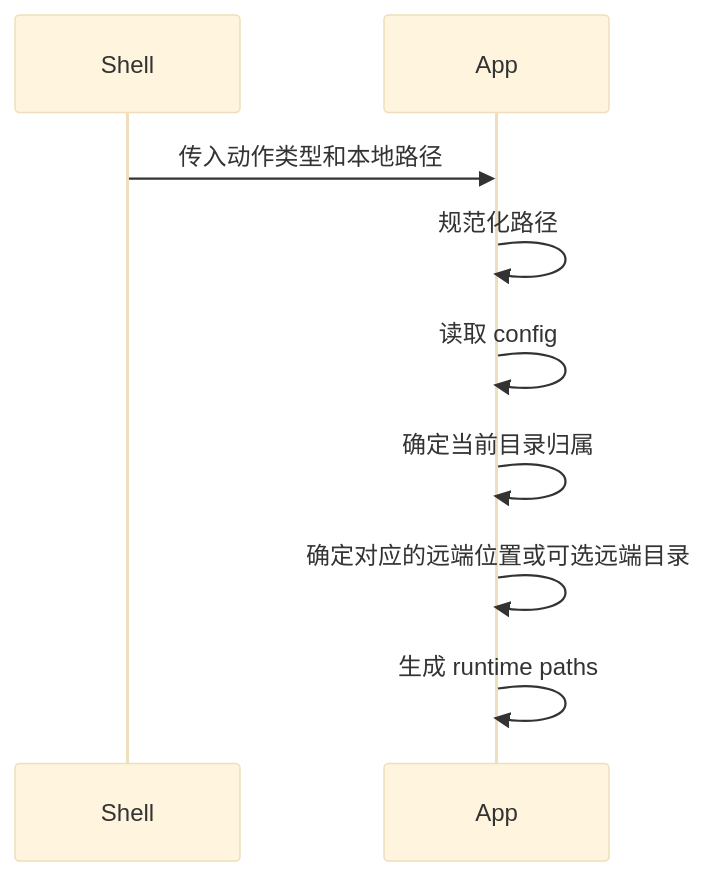
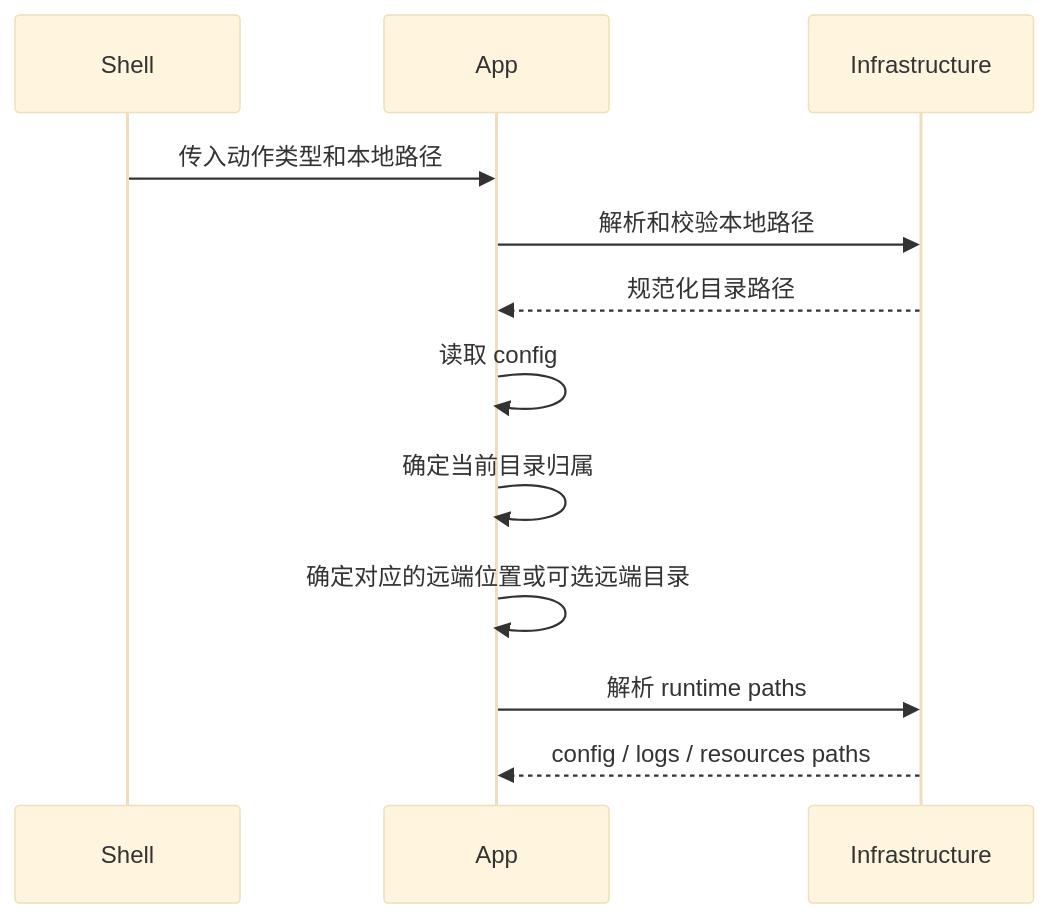
Before and after one commit to agalloch21/sync-with-rclone: the third of 15 diagrams in docs/Flows.md, drawn with Mermaid (base theme). The commit also changed 25 other files, not shown here.

````diff
--- a/docs/Flows.md
+++ b/docs/Flows.md
@@ -53,12 +53,15 @@
 ```mermaid
 sequenceDiagram
   participant S as Shell
   participant A as App
+  participant I as Infrastructure
 
   S->>A: 传入动作类型和本地路径
-  A->>A: 规范化路径
+  A->>I: 解析和校验本地路径
+  I-->>A: 规范化目录路径
   A->>A: 读取 config
   A->>A: 确定当前目录归属
   A->>A: 确定对应的远端位置或可选远端目录
-  A->>A: 生成 runtime paths
+  A->>I: 解析 runtime paths
+  I-->>A: config / logs / resources paths
 ```
````
